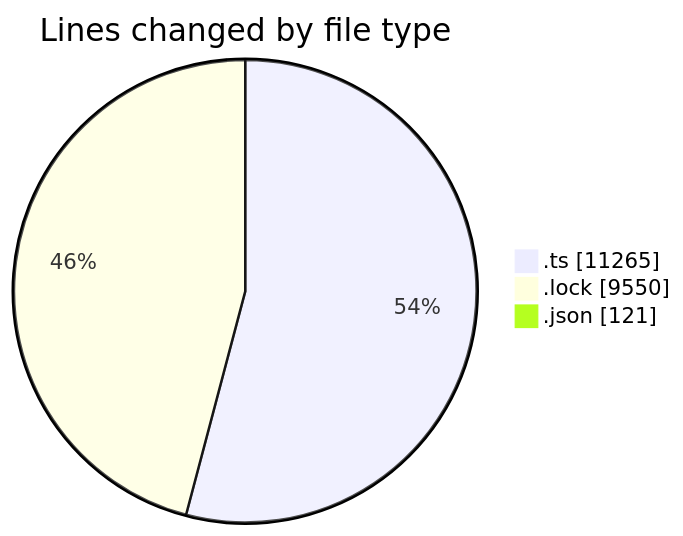
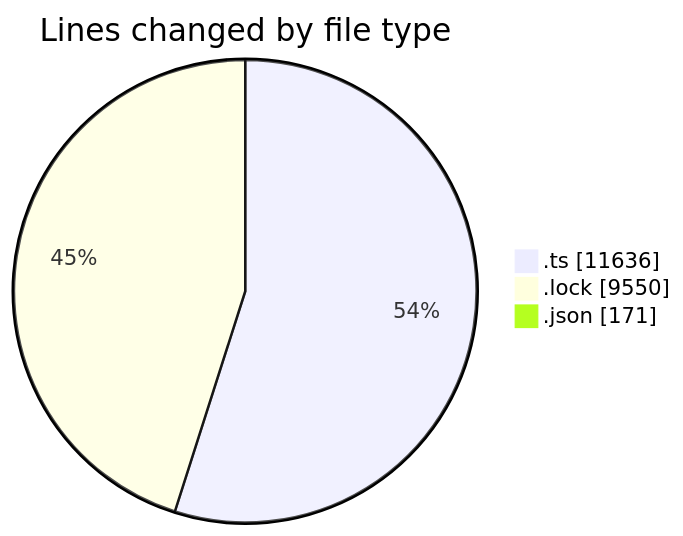
The first of 2 diagrams in 2025-10-30/cda/README.md (momahboobian/code-tracking), drawn with Mermaid before and after one commit. The commit also changed other lines of this file and 1 other file, not shown here.

````diff
--- a/2025-10-30/cda/README.md
+++ b/2025-10-30/cda/README.md
@@ -28,7 +28,7 @@
 ```mermaid
 pie showData
 title Lines changed by file type
-".ts" : 11265
+".ts" : 11636
 ".lock" : 9550
-".json" : 121
+".json" : 171
 ```
````
